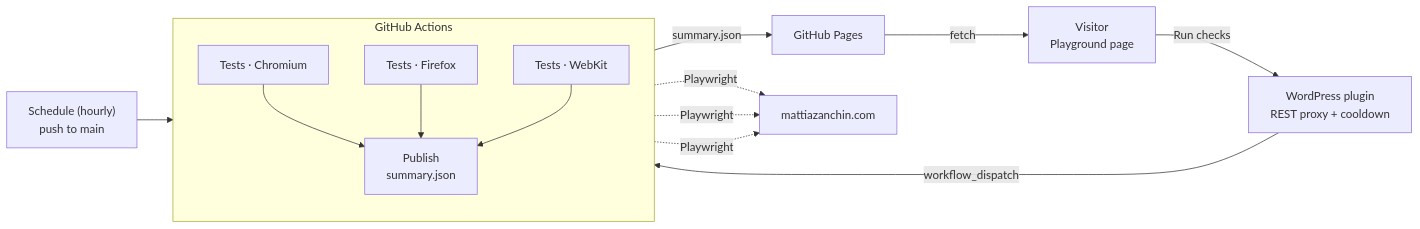
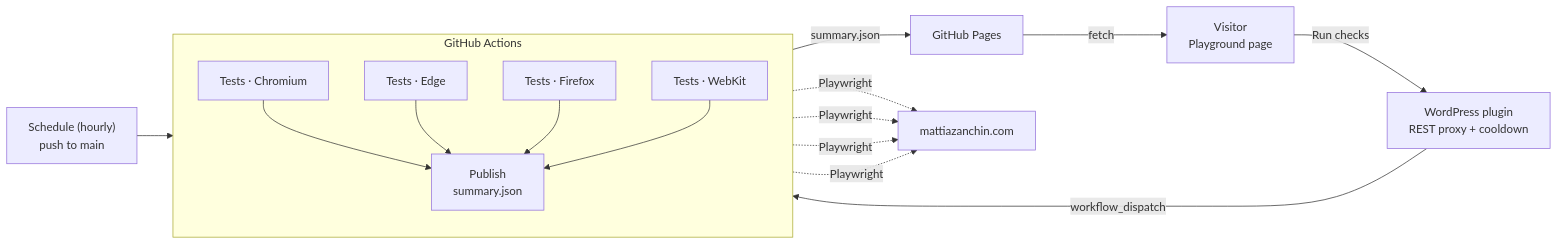
One commit to MattiaZanchin94/website-quality-lab changed the diagram in README.md. Above: the diagram before and after it, drawn with Mermaid. The commit also changed other lines of this file and 11 other files, not shown here.

````diff
--- a/README.md
+++ b/README.md
@@ -16,13 +16,13 @@
 ```mermaid
 flowchart LR
     V["Visitor<br/>Playground page"] -- "Run checks" --> WP["WordPress plugin<br/>REST proxy + cooldown"]
     WP -- "workflow_dispatch" --> GA
     S["Schedule (hourly)<br/>push to main"] --> GA
     subgraph GA["GitHub Actions"]
         direction TB
-        T1["Tests · Chromium"] & T2["Tests · Firefox"] & T3["Tests · WebKit"] --> P["Publish<br/>summary.json"]
+        T1["Tests · Chromium"] & T4["Tests · Edge"] & T2["Tests · Firefox"] & T3["Tests · WebKit"] --> P["Publish<br/>summary.json"]
     end
     P -- "summary.json" --> GP["GitHub Pages"]
     GP -- "fetch" --> V
-    T1 & T2 & T3 -. "Playwright" .-> SITE["mattiazanchin.com"]
+    T1 & T4 & T2 & T3 -. "Playwright" .-> SITE["mattiazanchin.com"]
 ```
````
